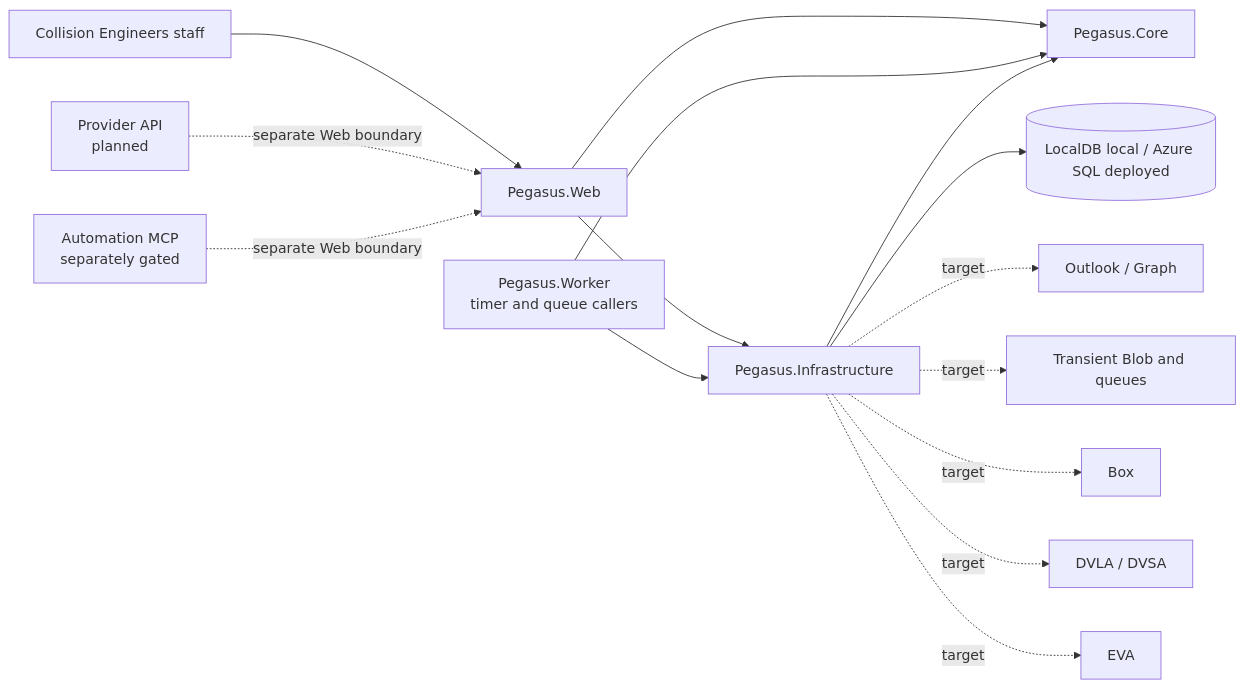
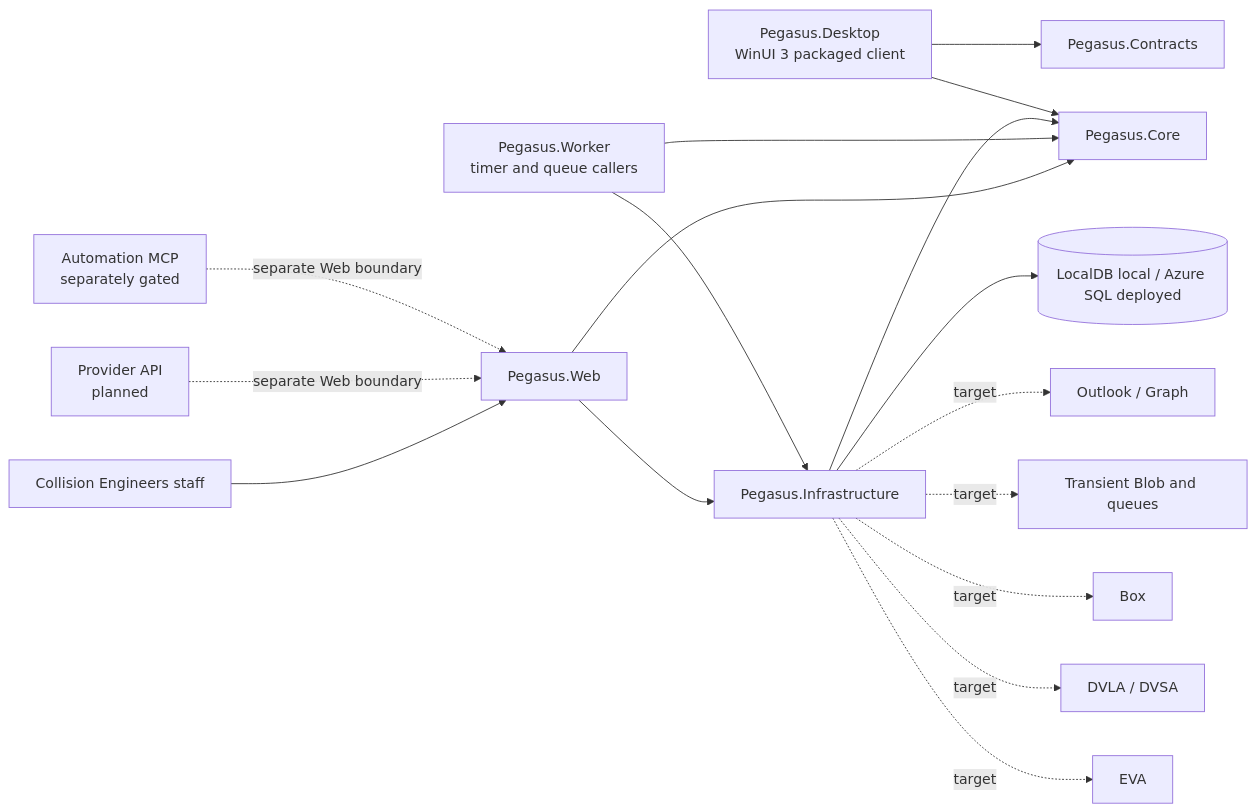
One commit to merceralex397-collab/pegasusDesktop changed the diagram in docs/current-architecture.md. Above: the diagram before and after it, drawn with Mermaid. The commit also changed other lines of this file and 27 other files, not shown here.

Commit message:
Scaffold packaged Pegasus WinUI desktop app

````diff
--- a/docs/current-architecture.md
+++ b/docs/current-architecture.md
@@ -31,19 +31,21 @@
 ```mermaid
 flowchart LR
     Staff[Collision Engineers staff] --> Web[Pegasus.Web]
     Provider[Provider API\nplanned] -. separate Web boundary .-> Web
     MCP[Automation MCP\nseparately gated] -. separate Web boundary .-> Web
 
     Web --> Core[Pegasus.Core]
     Worker[Pegasus.Worker\ntimer and queue callers] --> Core
     Web --> Infra[Pegasus.Infrastructure]
     Worker --> Infra
     Infra --> Core
+    Desktop[Pegasus.Desktop\nWinUI 3 packaged client] --> Core
+    Desktop --> Contracts[Pegasus.Contracts]
 
     Infra --> SQL[(LocalDB local / Azure SQL deployed)]
     Infra -. target .-> Outlook[Outlook / Graph]
     Infra -. target .-> Blob[Transient Blob and queues]
     Infra -. target .-> Box[Box]
     Infra -. target .-> DVLA[DVLA / DVSA]
     Infra -. target .-> EVA[EVA]
 ```
````
